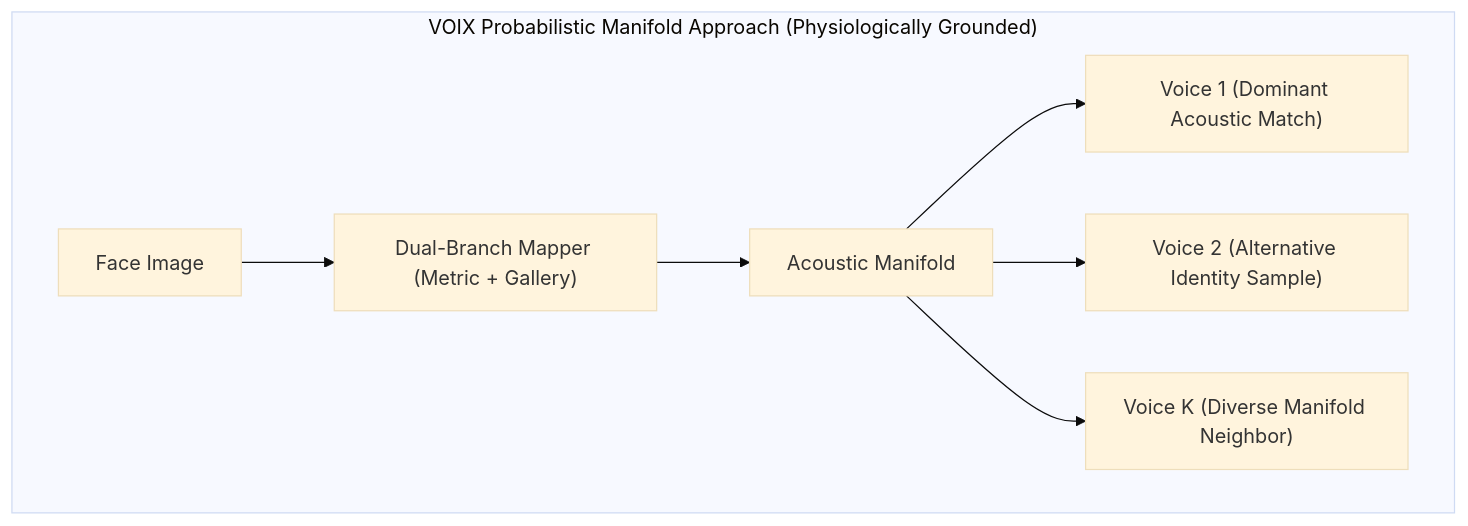
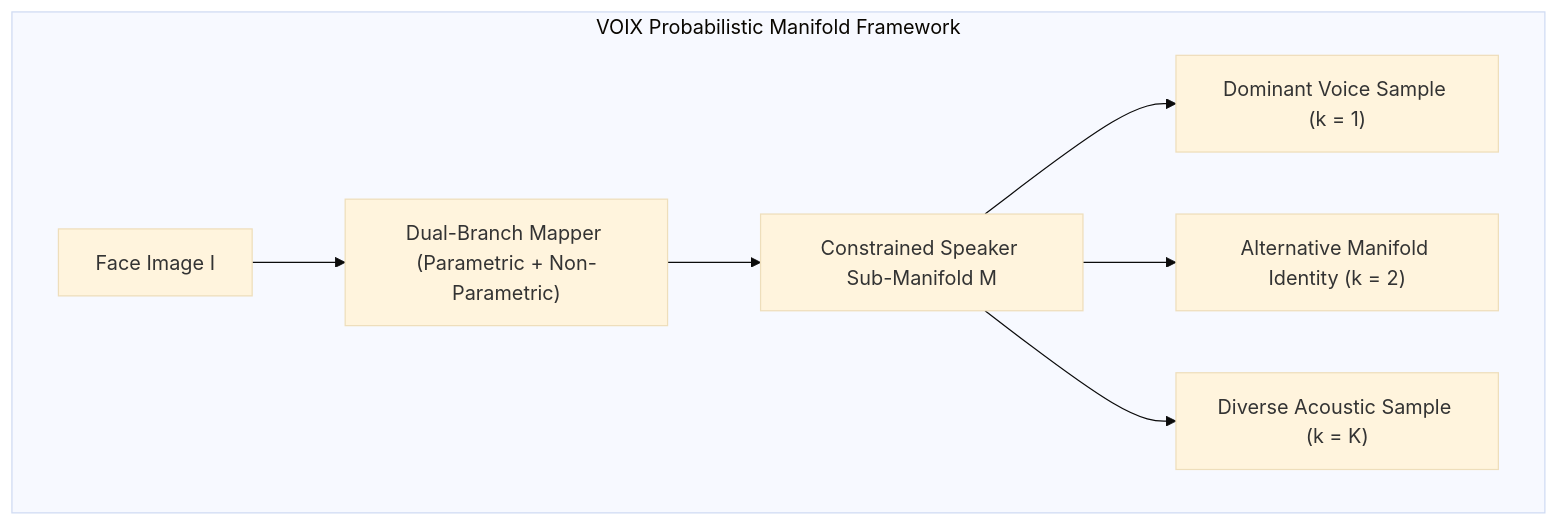
Before and after one commit to AdityaWagh19/Voix-F2S-System: the third of 5 diagrams in README.md, drawn with Mermaid (base theme). The commit also changed other lines of this file, not shown here.

Commit message:
docs: overhaul README with rigorous technical grounding, clean narrative flow, and detailed scientific insights

````diff
--- a/README.md
+++ b/README.md
@@ -53,11 +83,11 @@
 ```mermaid
 flowchart LR
-    subgraph VOIX["VOIX Probabilistic Manifold Approach (Physiologically Grounded)"]
+    subgraph VOIX_PARADIGM["VOIX Probabilistic Manifold Framework"]
         direction LR
-        F2["Face Image"] --> D2["Dual-Branch Mapper (Metric + Gallery)"]
-        D2 --> M2["Acoustic Manifold"]
-        M2 --> VK1["Voice 1 (Dominant Acoustic Match)"]
-        M2 --> VK2["Voice 2 (Alternative Identity Sample)"]
-        M2 --> VK3["Voice K (Diverse Manifold Neighbor)"]
+        FACE_IN["Face Image I"] --> DUAL["Dual-Branch Mapper (Parametric + Non-Parametric)"]
+        DUAL --> MANIFOLD["Constrained Speaker Sub-Manifold M"]
+        MANIFOLD --> S1["Dominant Voice Sample (k = 1)"]
+        MANIFOLD --> S2["Alternative Manifold Identity (k = 2)"]
+        MANIFOLD --> SK["Diverse Acoustic Sample (k = K)"]
     end
 ```
````
